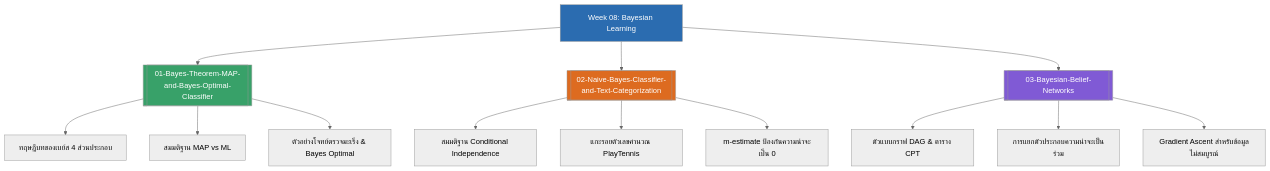
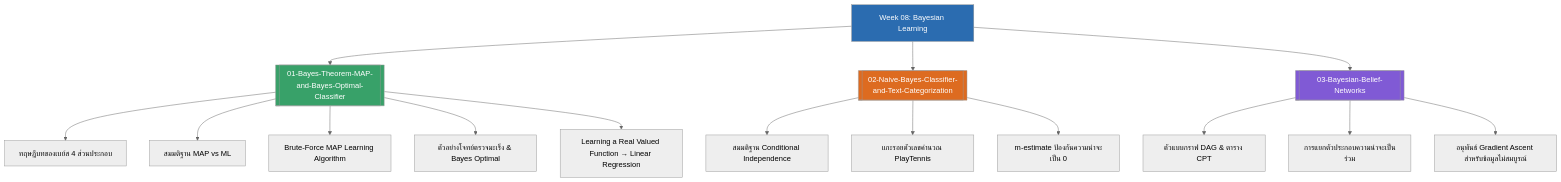
The diagram in 01_Lectures/Week08/Week08-MOC.md (PhuriphatTyPeZ3r0/Course-1322308-Machine-Learning-2026), drawn with Mermaid (neutral theme) before and after one commit. The commit also changed other lines of this file and 14 other files, not shown here.

````diff
--- a/01_Lectures/Week08/Week08-MOC.md
+++ b/01_Lectures/Week08/Week08-MOC.md
@@ -31,21 +33,23 @@
 ```mermaid
 graph TD
     MOC["Week 08: Bayesian Learning"] --> A[[01-Bayes-Theorem-MAP-and-Bayes-Optimal-Classifier]]
     MOC --> B[[02-Naive-Bayes-Classifier-and-Text-Categorization]]
     MOC --> C[[03-Bayesian-Belief-Networks]]
 
     A --> A1["ทฤษฎีบทของเบย์ส 4 ส่วนประกอบ"]
     A --> A2["สมมติฐาน MAP vs ML"]
-    A --> A3["ตัวอย่างโจทย์ตรวจมะเร็ง & Bayes Optimal"]
+    A --> A3["Brute-Force MAP Learning Algorithm"]
+    A --> A4["ตัวอย่างโจทย์ตรวจมะเร็ง & Bayes Optimal"]
+    A --> A5["Learning a Real Valued Function → Linear Regression"]
     B --> B1["สมมติฐาน Conditional Independence"]
     B --> B2["แกะรอยตัวเลขคำนวณ PlayTennis"]
     B --> B3["m-estimate ป้องกันความน่าจะเป็น 0"]
     C --> C1["ตัวแบบกราฟ DAG & ตาราง CPT"]
     C --> C2["การแยกตัวประกอบความน่าจะเป็นร่วม"]
-    C --> C3["Gradient Ascent สำหรับข้อมูลไม่สมบูรณ์"]
+    C --> C3["อนุพันธ์ Gradient Ascent สำหรับข้อมูลไม่สมบูรณ์"]
 
     style MOC fill:#2b6cb0,color:#fff
     style A fill:#38a169,color:#fff
     style B fill:#dd6b20,color:#fff
     style C fill:#805ad5,color:#fff
 ```
````
